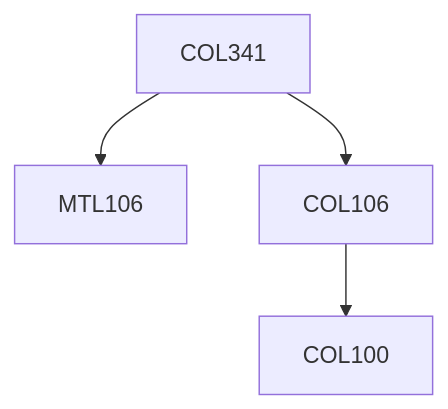
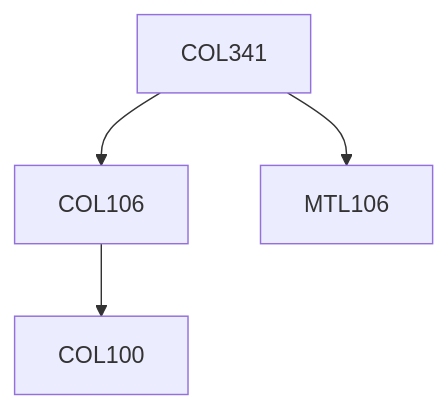
The diagram in content/Computer Science and Engineering/COL341.md (KeshavBansal0122/CoS_Website), drawn with Mermaid before and after one commit. The commit also changed other lines of this file and 2662 other files, not shown here.

````diff
--- a/content/Computer Science and Engineering/COL341.md
+++ b/content/Computer Science and Engineering/COL341.md
@@ -15,10 +15,10 @@
 ```mermaid
 flowchart TD
 COL341-183[COL341]
+COL106-183 --> COL100-183[COL100]
+COL341-183 --> COL106-183[COL106]
 COL341-183 --> MTL106-183[MTL106]
-COL341-183 --> COL106-183[COL106]
-COL106-183 --> COL100-183[COL100]
 
 classDef empty height:17px, fill:transparent, stroke:transparent;
 classDef trueEmpty height:0px, width:0px;
 ```
````
